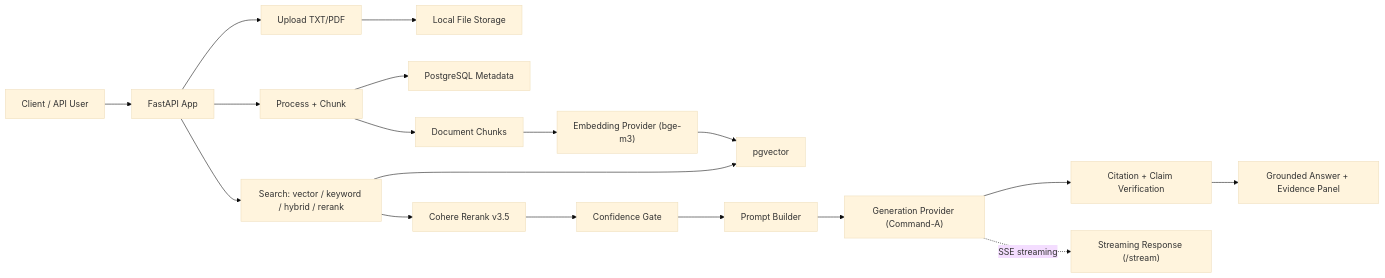
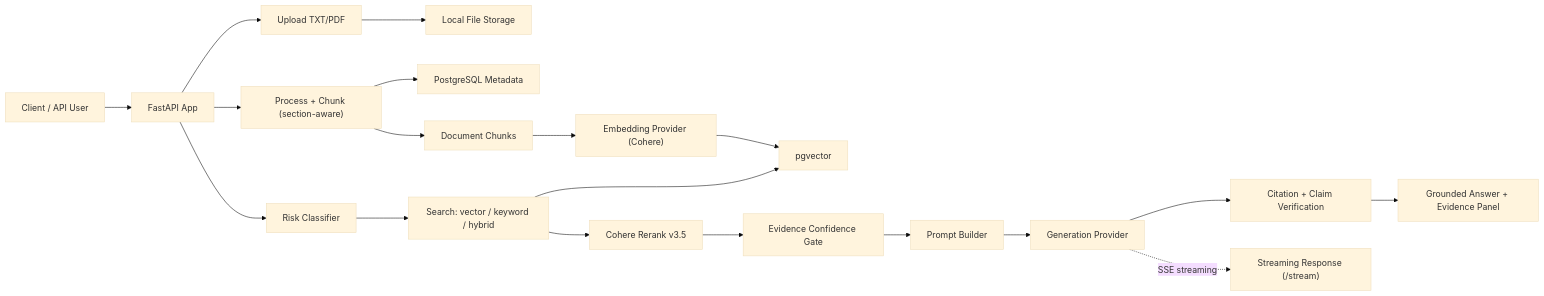
The diagram in README.md (mo22zy2/BreathX-RAG), drawn with Mermaid (base theme) before and after one commit. The commit also changed other lines of this file, not shown here.

Commit message:
docs: update README with test metrics, answer pipeline details, and API reference enhancements

````diff
--- a/README.md
+++ b/README.md
@@ -83,20 +73,21 @@
 ```mermaid
 flowchart LR
     Client["Client / API User"] --> API["FastAPI App"]
     API --> Upload["Upload TXT/PDF"]
     Upload --> Disk["Local File Storage"]
-    API --> Process["Process + Chunk"]
+    API --> Process["Process + Chunk (section-aware)"]
     Process --> SQL["PostgreSQL Metadata"]
     Process --> Chunks["Document Chunks"]
-    Chunks --> Embed["Embedding Provider (bge-m3)"]
+    Chunks --> Embed["Embedding Provider (Cohere)"]
     Embed --> VectorDB["pgvector"]
-    API --> Search["Search: vector / keyword / hybrid / rerank"]
+    API --> Safety["Risk Classifier"]
+    Safety --> Search["Search: vector / keyword / hybrid"]
     Search --> VectorDB
     Search --> Rerank["Cohere Rerank v3.5"]
-    Rerank --> Confidence["Confidence Gate"]
+    Rerank --> Confidence["Evidence Confidence Gate"]
     Confidence --> Prompt["Prompt Builder"]
-    Prompt --> LLM["Generation Provider (Command-A)"]
+    Prompt --> LLM["Generation Provider"]
     LLM --> Verify["Citation + Claim Verification"]
     Verify --> Answer["Grounded Answer + Evidence Panel"]
     LLM -.->|SSE streaming| Stream["Streaming Response (/stream)"]
 ```
````
